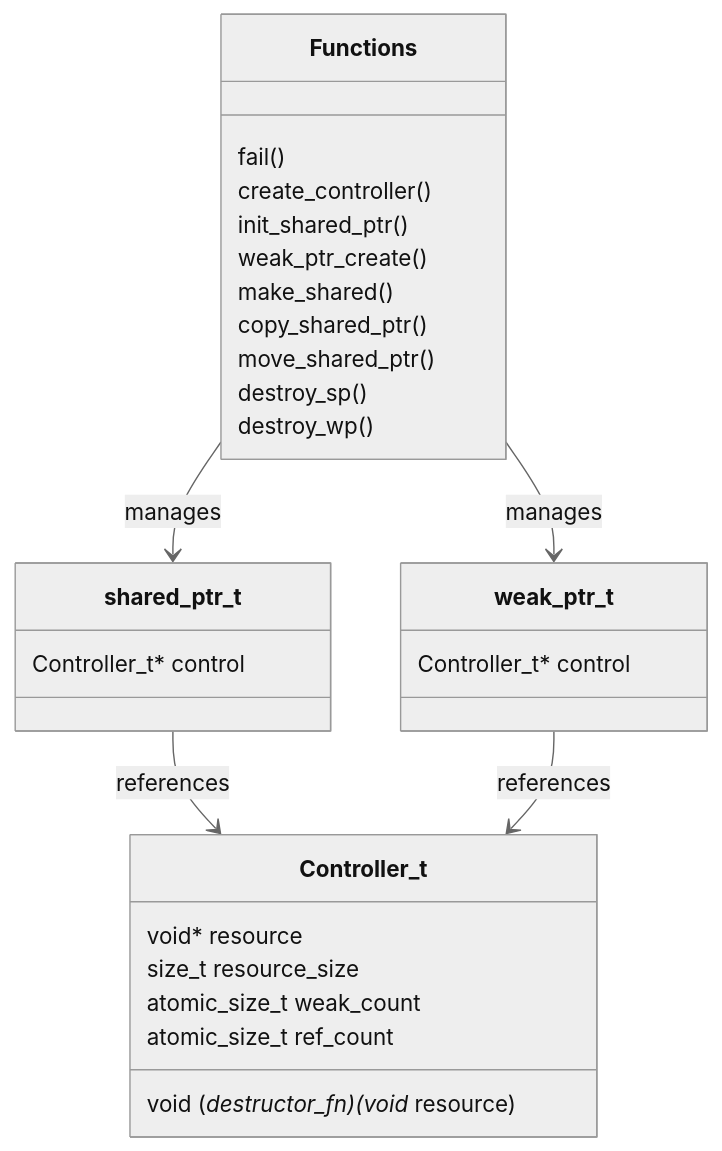
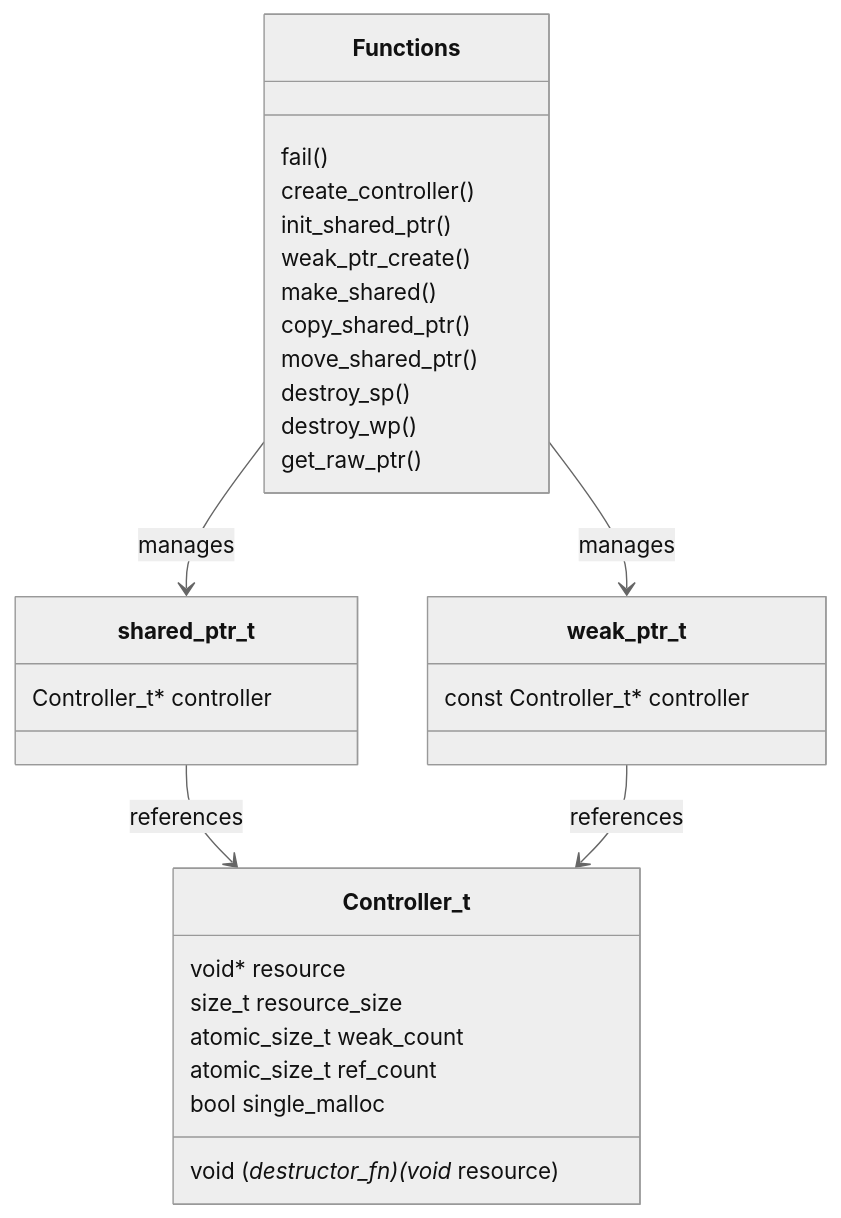
Before and after one commit to lolay92/c-smart-pointer: the diagram in README.md, drawn with Mermaid (neutral theme). The commit also changed other lines of this file, not shown here.

````diff
--- a/README.md
+++ b/README.md
@@ -15,36 +16,36 @@
 ```mermaid
 classDiagram
     class Controller_t {
         void* resource
         void (*destructor_fn)(void* resource)        
         size_t resource_size
         atomic_size_t weak_count
         atomic_size_t ref_count
+        bool single_malloc
     }
     
     class shared_ptr_t {
-        Controller_t* control
+        Controller_t* controller
     }
     
     class weak_ptr_t {
-        Controller_t* control
+        const Controller_t* controller
     }
-
     class Functions {
         fail()
         create_controller()
         init_shared_ptr()
         weak_ptr_create()
         make_shared()
         copy_shared_ptr()
         move_shared_ptr()
         destroy_sp()
         destroy_wp()
+        get_raw_ptr()
     }
     
     shared_ptr_t --> Controller_t : references
     weak_ptr_t --> Controller_t : references
     Functions --> shared_ptr_t : manages
     Functions --> weak_ptr_t : manages
-
 ```
````
